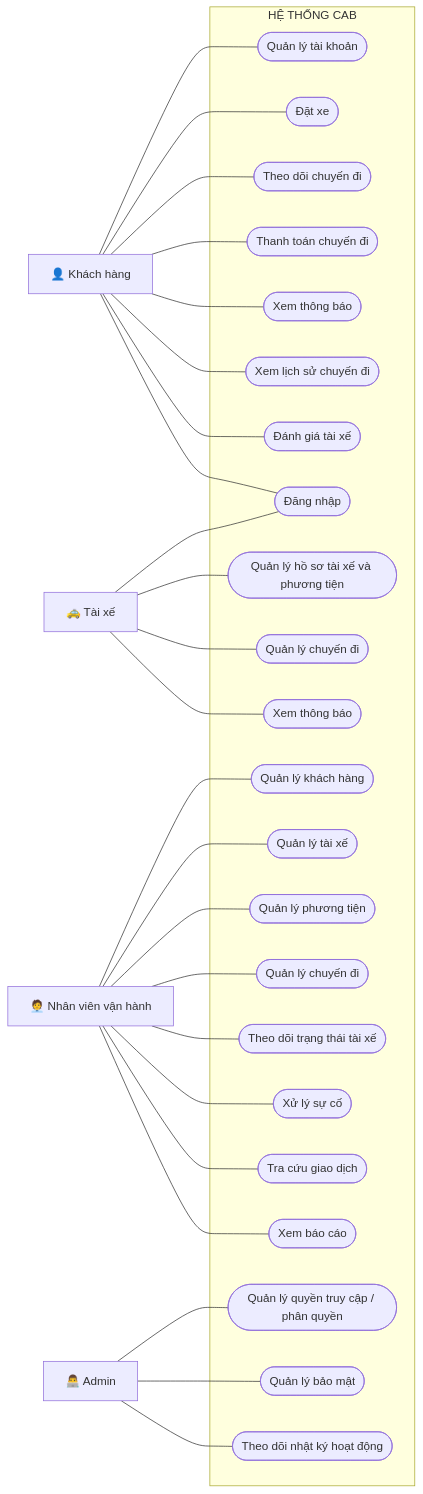
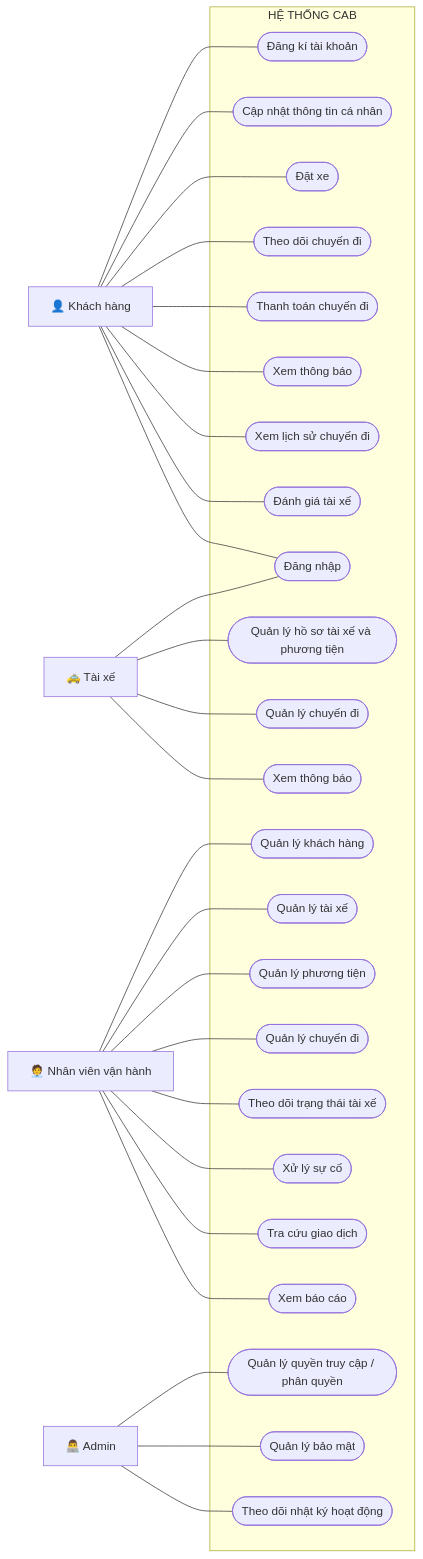
One commit to hoangyen1205/23655901_lehoangyen_cabsystem changed the second of 9 diagrams in README.md. Above: the diagram before and after it, drawn with Mermaid. The commit also changed other lines of this file, not shown here.

````diff
--- a/README.md
+++ b/README.md
@@ -160,65 +160,67 @@
 ```mermaid
 flowchart LR
 
     KH["👤 Khách hàng"]
     TX["🚕 Tài xế"]
     NV["🧑‍💼 Nhân viên vận hành"]
     AD["👨‍💻 Admin"]
 
     subgraph CAB["HỆ THỐNG CAB"]
 
-        K1(["Quản lý tài khoản"])
+        K1(["Đăng kí tài khoản"])
+        K8(["Cập nhật thông tin cá nhân"])
         K2(["Đặt xe"])
         K3(["Theo dõi chuyến đi"])
         K4(["Thanh toán chuyến đi"])
         K5(["Xem thông báo"])
         K6(["Xem lịch sử chuyến đi"])
         K7(["Đánh giá tài xế"])
 
         T1(["Đăng nhập"])
         T2(["Quản lý hồ sơ tài xế và phương tiện"])
         T3(["Quản lý chuyến đi"])
         T4(["Xem thông báo"])
 
         N1(["Quản lý khách hàng"])
         N2(["Quản lý tài xế"])
         N3(["Quản lý phương tiện"])
         N4(["Quản lý chuyến đi"])
         N5(["Theo dõi trạng thái tài xế"])
         N6(["Xử lý sự cố"])
         N7(["Tra cứu giao dịch"])
         N8(["Xem báo cáo"])
 
         A1(["Quản lý quyền truy cập / phân quyền"])
         A2(["Quản lý bảo mật"])
         A3(["Theo dõi nhật ký hoạt động"])
 
     end
 
     KH --- K1
+    KH --- K8
     KH --- K2
     KH --- K3
     KH --- K4
     KH --- K5
     KH --- K6
     KH --- K7
     KH --- T1
 
     TX --- T1
     TX --- T2
     TX --- T3
     TX --- T4
 
     NV --- N1
     NV --- N2
     NV --- N3
     NV --- N4
     NV --- N5
     NV --- N6
     NV --- N7
     NV --- N8
 
     AD --- A1
     AD --- A2
     AD --- A3
 ```
````
